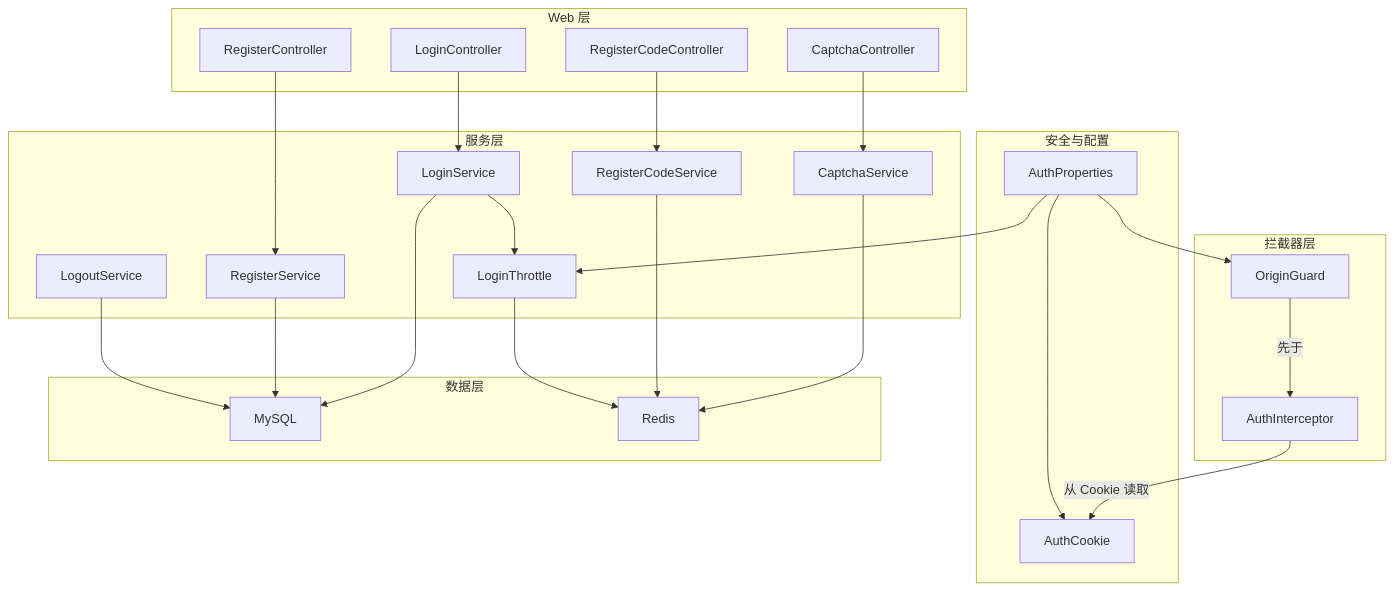
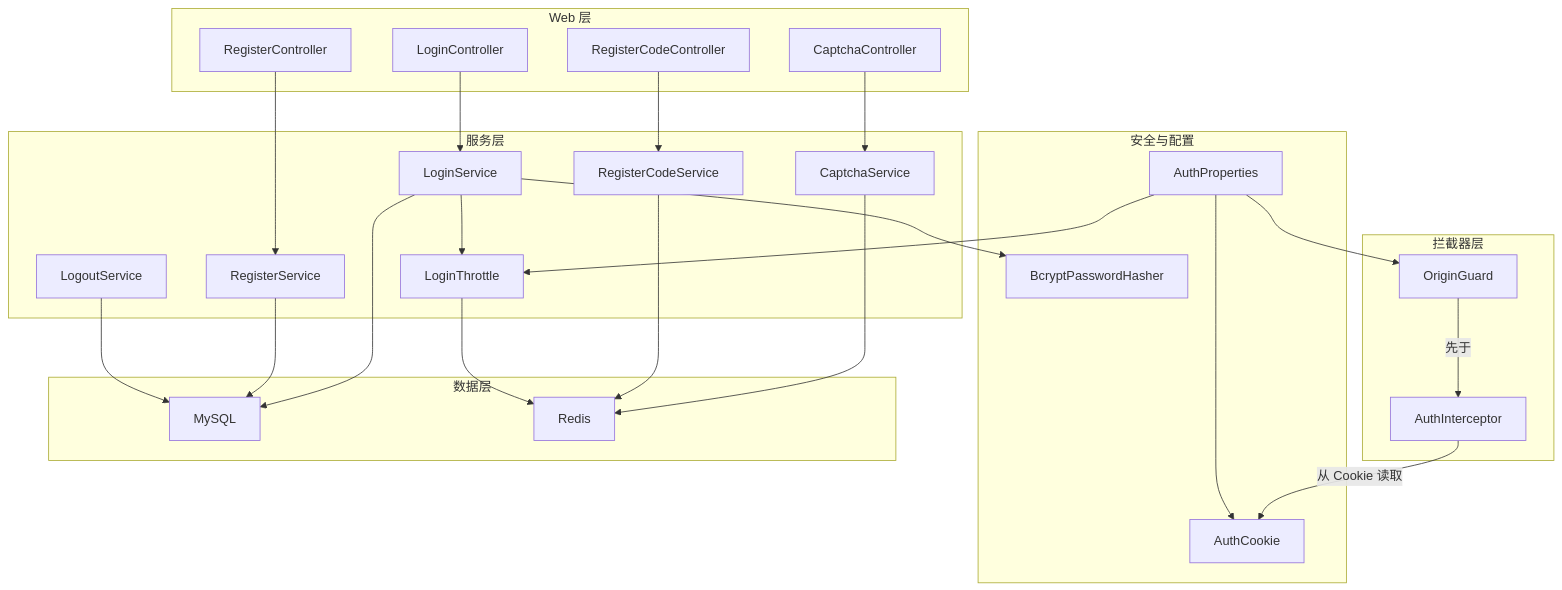
One commit to luyitiger6/my-first-project changed the first of 11 diagrams in .qoder/repowiki/zh/content/后端开发/WanderChain 认证系统.md. Above: the diagram before and after it, drawn with Mermaid. The commit also changed other lines of this file and 34 other files, not shown here.

````diff
--- a/.qoder/repowiki/zh/content/后端开发/WanderChain 认证系统.md
+++ b/.qoder/repowiki/zh/content/后端开发/WanderChain 认证系统.md
@@ -59,45 +63,47 @@
 ```mermaid
 graph TB
 subgraph "Web 层"
 CAPTCHA["CaptchaController"]
 REG_CODE["RegisterCodeController"]
 LOGIN["LoginController"]
 REGISTER["RegisterController"]
 end
 subgraph "拦截器层"
 ORIGIN["OriginGuard"]
 AUTH_INT["AuthInterceptor"]
 end
 subgraph "服务层"
 CAPTCHA_SVC["CaptchaService"]
 REG_CODE_SVC["RegisterCodeService"]
 LOGIN_SVC["LoginService"]
 REGISTER_SVC["RegisterService"]
 LOGOUT_SVC["LogoutService"]
 THROTTLE["LoginThrottle"]
 end
 subgraph "安全与配置"
 COOKIE["AuthCookie"]
 PROPS["AuthProperties"]
+HASH["BcryptPasswordHasher"]
 end
 subgraph "数据层"
 DB["MySQL"]
 REDIS["Redis"]
 end
 CAPTCHA --> CAPTCHA_SVC
 REG_CODE --> REG_CODE_SVC
 LOGIN --> LOGIN_SVC
 REGISTER --> REGISTER_SVC
 ORIGIN --> |先于| AUTH_INT
 AUTH_INT --> |从 Cookie 读取| COOKIE
 CAPTCHA_SVC --> REDIS
 REG_CODE_SVC --> REDIS
 LOGIN_SVC --> DB
 REGISTER_SVC --> DB
 LOGOUT_SVC --> DB
 LOGIN_SVC --> THROTTLE
 THROTTLE --> REDIS
+LOGIN_SVC --> HASH
 PROPS --> ORIGIN
 PROPS --> COOKIE
 PROPS --> THROTTLE
 ```
````
